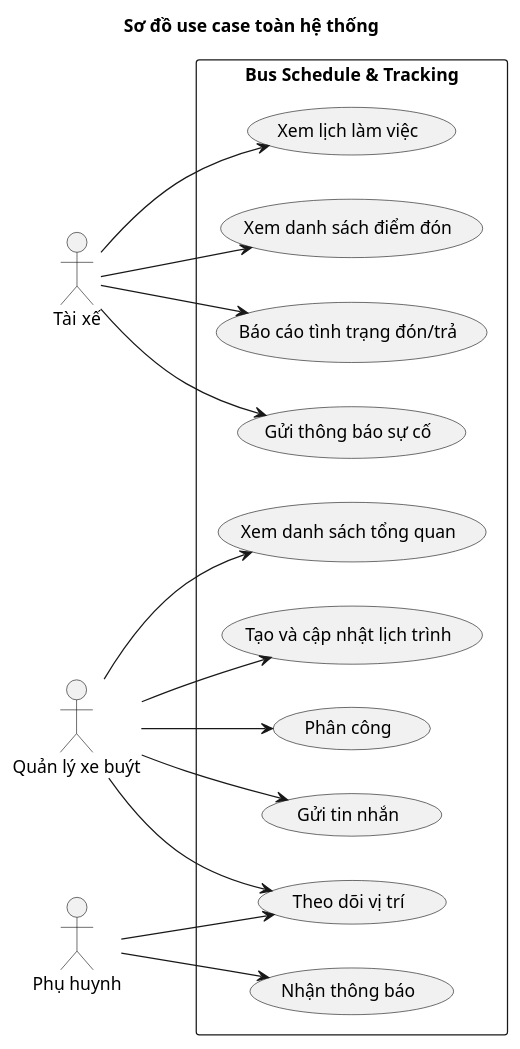
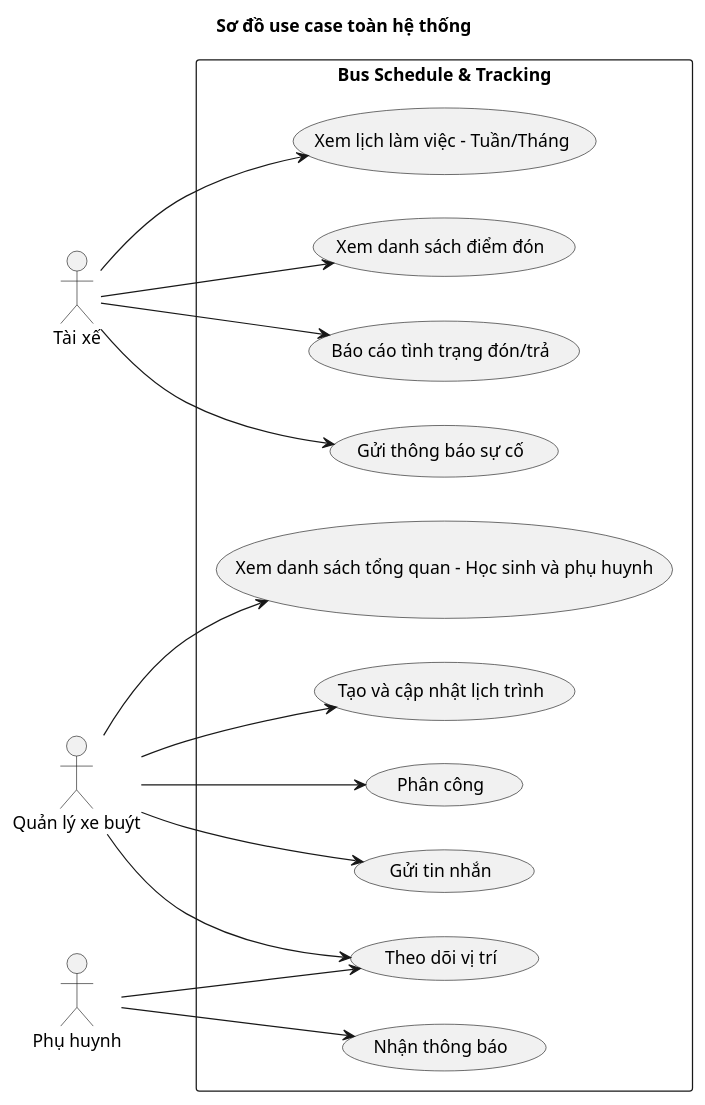
One commit to thanhnam04/SoftwareEngineering-BusSystem changed the diagram in UML/usecaseWholesystem.puml. Above: the diagram before and after it, drawn with PlantUML.

```diff
--- a/UML/usecaseWholesystem.puml
+++ b/UML/usecaseWholesystem.puml
@@ -1,35 +1,35 @@
 @startuml
 left to right direction
 title Sơ đồ use case toàn hệ thống
 
 actor "Tài xế" as TX
 actor "Quản lý xe buýt" as QL
 actor "Phụ huynh" as PH
 
 rectangle "Bus Schedule & Tracking" {
-  (Xem lịch làm việc) as UC1
+  (Xem lịch làm việc - Tuần/Tháng) as UC1
   (Xem danh sách điểm đón) as UC2
   (Báo cáo tình trạng đón/trả) as UC3
   (Gửi thông báo sự cố) as UC4
-  (Xem danh sách tổng quan) as UC5
+  (Xem danh sách tổng quan - Học sinh và phụ huynh) as UC5
   (Tạo và cập nhật lịch trình) as UC6
   (Phân công) as UC7
   (Gửi tin nhắn) as UC8
   (Theo dõi vị trí) as UC9
   (Nhận thông báo) as UC10
 }
 
 TX --> UC1
 TX --> UC2
 TX --> UC3
 TX --> UC4
 
 QL --> UC5
 QL --> UC6
 QL --> UC7
 QL --> UC8
 QL --> UC9
 
 PH --> UC9
 PH --> UC10
 @enduml
```
